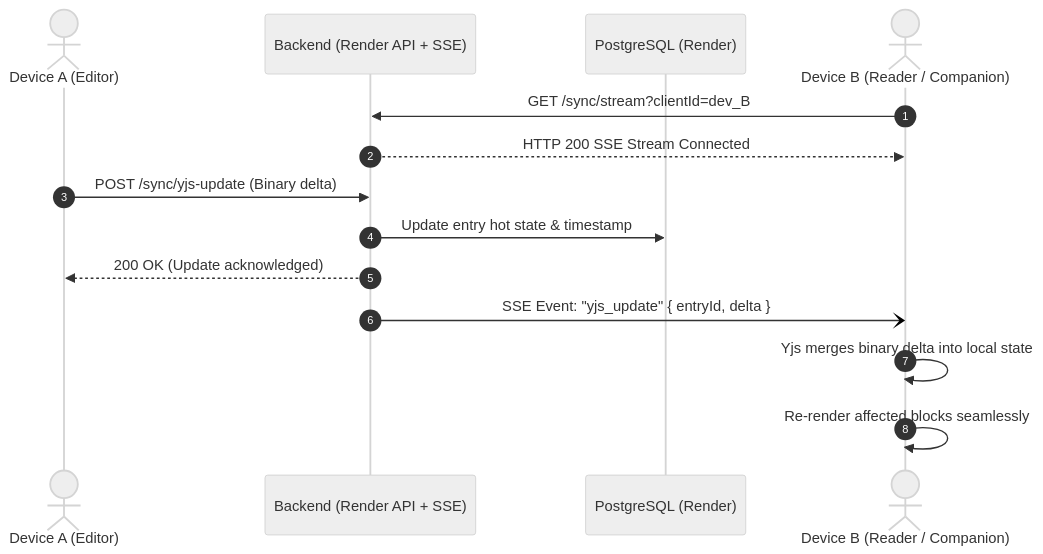
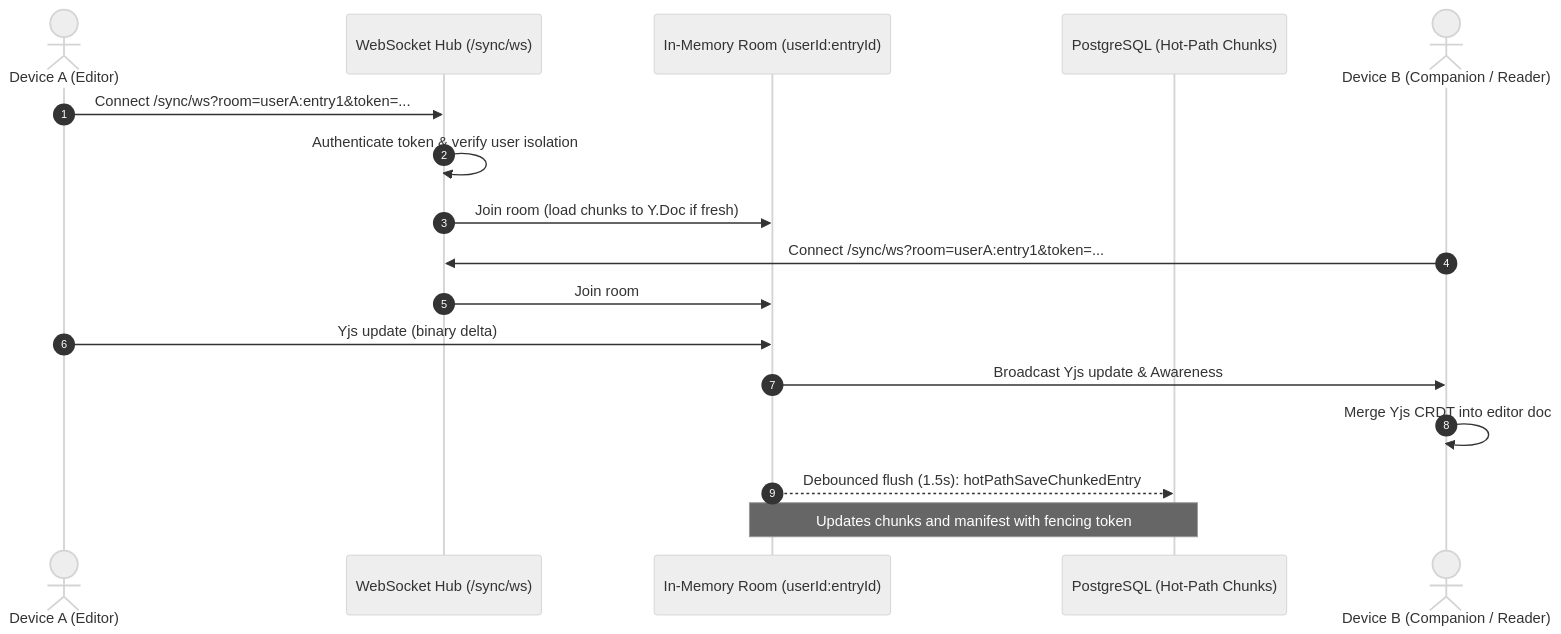
One commit to Git-hub-userIn/kaaj changed the third of 4 diagrams in docs/storage-and-sync.md. Above: the diagram before and after it, drawn with Mermaid (neutral theme). The commit also changed other lines of this file and 13 other files, not shown here.

Commit message:
feat(phase-2): websocket sync via /sync/ws, Yjs rooms, awareness, and offline merge

````diff
--- a/docs/storage-and-sync.md
+++ b/docs/storage-and-sync.md
@@ -268,19 +269,22 @@
 ```mermaid
 sequenceDiagram
     autonumber
-    actor UserA as Device A (Editor)
-    participant Backend as Backend (Render API + SSE)
-    participant DB as PostgreSQL (Render)
-    actor UserB as Device B (Reader / Companion)
+    actor DeviceA as Device A (Editor)
+    participant WS as WebSocket Hub (/sync/ws)
+    participant Room as In-Memory Room (userId:entryId)
+    participant DB as PostgreSQL (Hot-Path Chunks)
+    actor DeviceB as Device B (Companion / Reader)
 
-    UserB->>Backend: GET /sync/stream?clientId=dev_B
-    Backend-->>UserB: HTTP 200 SSE Stream Connected
+    DeviceA->>WS: Connect /sync/ws?room=userA:entry1&token=...
+    WS->>WS: Authenticate token & verify user isolation
+    WS->>Room: Join room (load chunks to Y.Doc if fresh)
+    DeviceB->>WS: Connect /sync/ws?room=userA:entry1&token=...
+    WS->>Room: Join room
 
-    UserA->>Backend: POST /sync/yjs-update (Binary delta)
-    Backend->>DB: Update entry hot state & timestamp
-    Backend-->>UserA: 200 OK (Update acknowledged)
-    Backend-)UserB: SSE Event: "yjs_update" { entryId, delta }
+    DeviceA->>Room: Yjs update (binary delta)
+    Room->>DeviceB: Broadcast Yjs update & Awareness
+    DeviceB->>DeviceB: Merge Yjs CRDT into editor doc
 
-    UserB->>UserB: Yjs merges binary delta into local state
-    UserB->>UserB: Re-render affected blocks seamlessly
+    Room-->>DB: Debounced flush (1.5s): hotPathSaveChunkedEntry
+    Note over Room,DB: Updates chunks and manifest with fencing token
 ```
````
